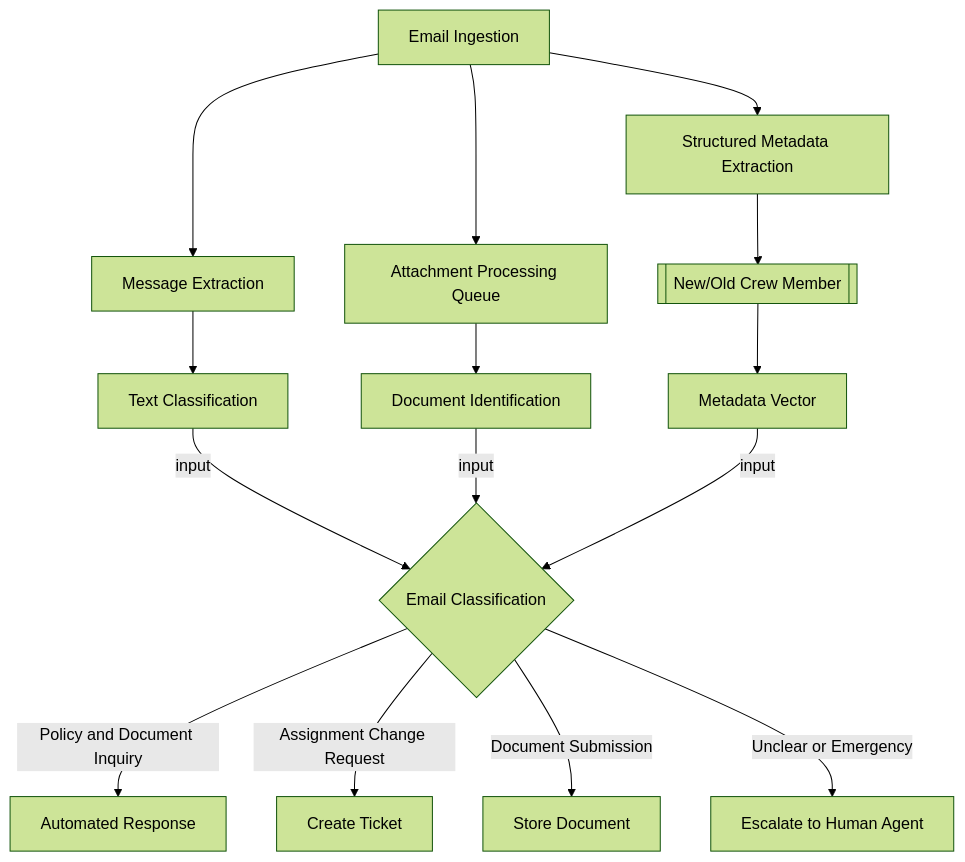
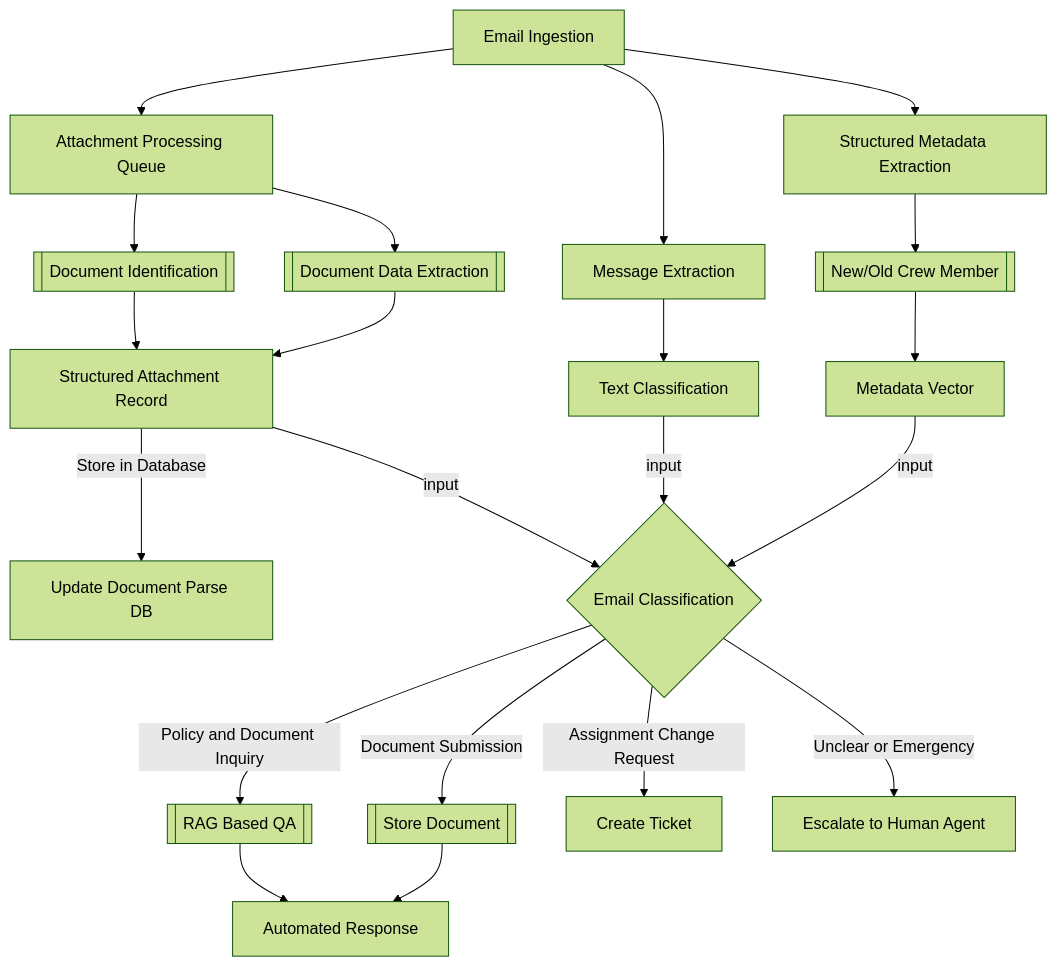
Before and after one commit to risan-raja/bedrock: the diagram in email_ingestion.md, drawn with Mermaid (forest theme). The commit also changed other lines of this file, not shown here.

Commit message:
Process Refinement

````diff
--- a/email_ingestion.md
+++ b/email_ingestion.md
@@ -35,17 +43,24 @@
 ```mermaid
 flowchart TD
     A[Email Ingestion] --> B[Structured Metadata Extraction]
     A --> C[Attachment Processing Queue]
     A --> M[Message Extraction]
     B --> L[[New/Old Crew Member]]
     L --> N[Metadata Vector]
-    C --> D[Document Identification]
+    C --> D[[Document Identification]]
+    C --> Q[[Document Data Extraction]]
+    D --> R[Structured Attachment Record]
+    Q --> R[Structured Attachment Record]
+    R --> |Store in Database|AB[Update Document Parse DB]
     M --> E[Text Classification]
+    R --> |input| F{Email Classification}
     E --> |input| F{Email Classification}
-    D --> |input| F{Email Classification}
     N --> |input| F{Email Classification}
-    F -->|Policy and Document Inquiry| H[Automated Response]
+    F -->|Policy and Document Inquiry| H[[RAG Based QA]]
+    F -->|Document Submission| J[[Store Document]]
     F -->|Assignment Change Request| I[Create Ticket]
-    F -->|Document Submission| J[Store Document]
     F -->|Unclear or Emergency| K[Escalate to Human Agent]
+    H --> P[Automated Response]
+    J --> P
+
 ```
````
